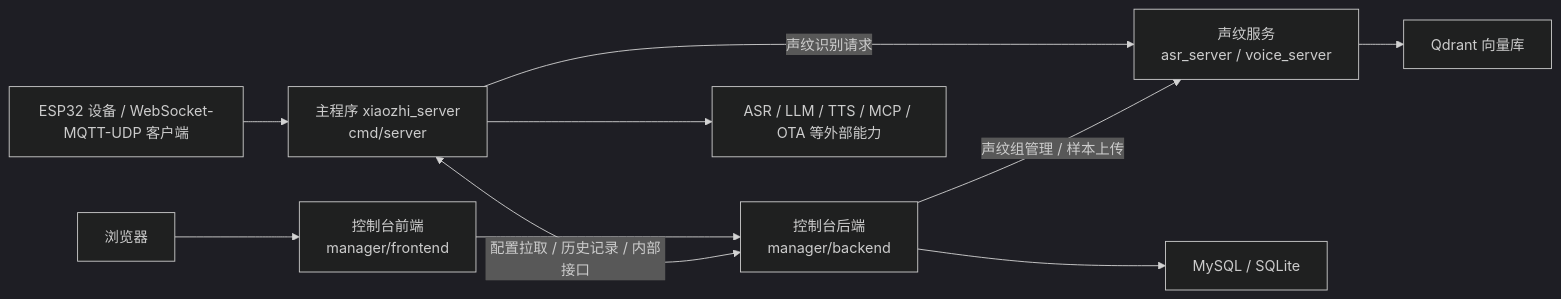
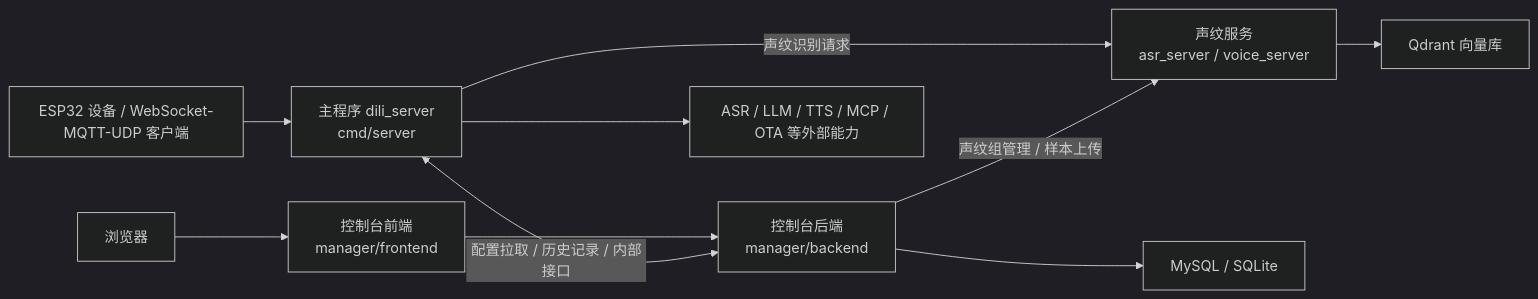
The diagram in doc/compile_deploy.md (artaime/dilidili), drawn with Mermaid (dark theme) before and after one commit. The commit also changed other lines of this file and 325 other files, not shown here.

````diff
--- a/doc/compile_deploy.md
+++ b/doc/compile_deploy.md
@@ -28,12 +28,12 @@
 ```mermaid
 flowchart LR
-    Device["ESP32 设备 / WebSocket-MQTT-UDP 客户端"] --> Main["主程序 xiaozhi_server<br/>cmd/server"]
+    Device["ESP32 设备 / WebSocket-MQTT-UDP 客户端"] --> Main["主程序 dili_server<br/>cmd/server"]
     Browser["浏览器"] --> Frontend["控制台前端<br/>manager/frontend"]
     Frontend --> Backend["控制台后端<br/>manager/backend"]
     Main <-->|配置拉取 / 历史记录 / 内部接口| Backend
     Main -->|声纹识别请求| Voice["声纹服务<br/>asr_server / voice_server"]
     Backend -->|声纹组管理 / 样本上传| Voice
     Backend --> DB["MySQL / SQLite"]
     Voice --> Qdrant["Qdrant 向量库"]
     Main --> AI["ASR / LLM / TTS / MCP / OTA 等外部能力"]
 ```
````
